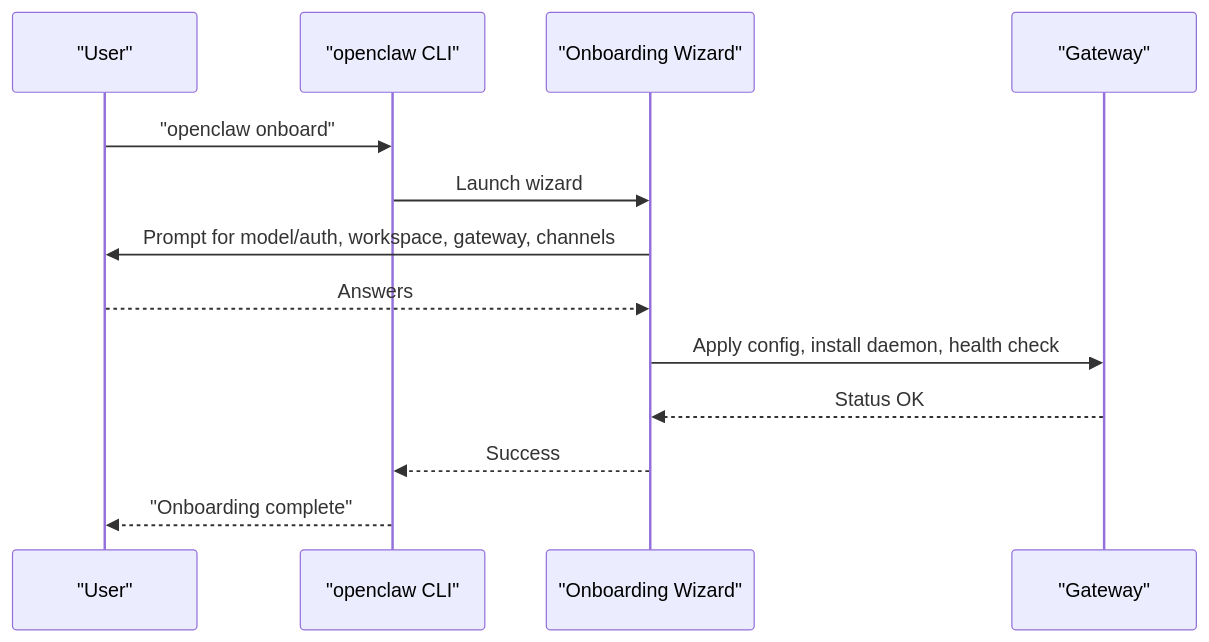
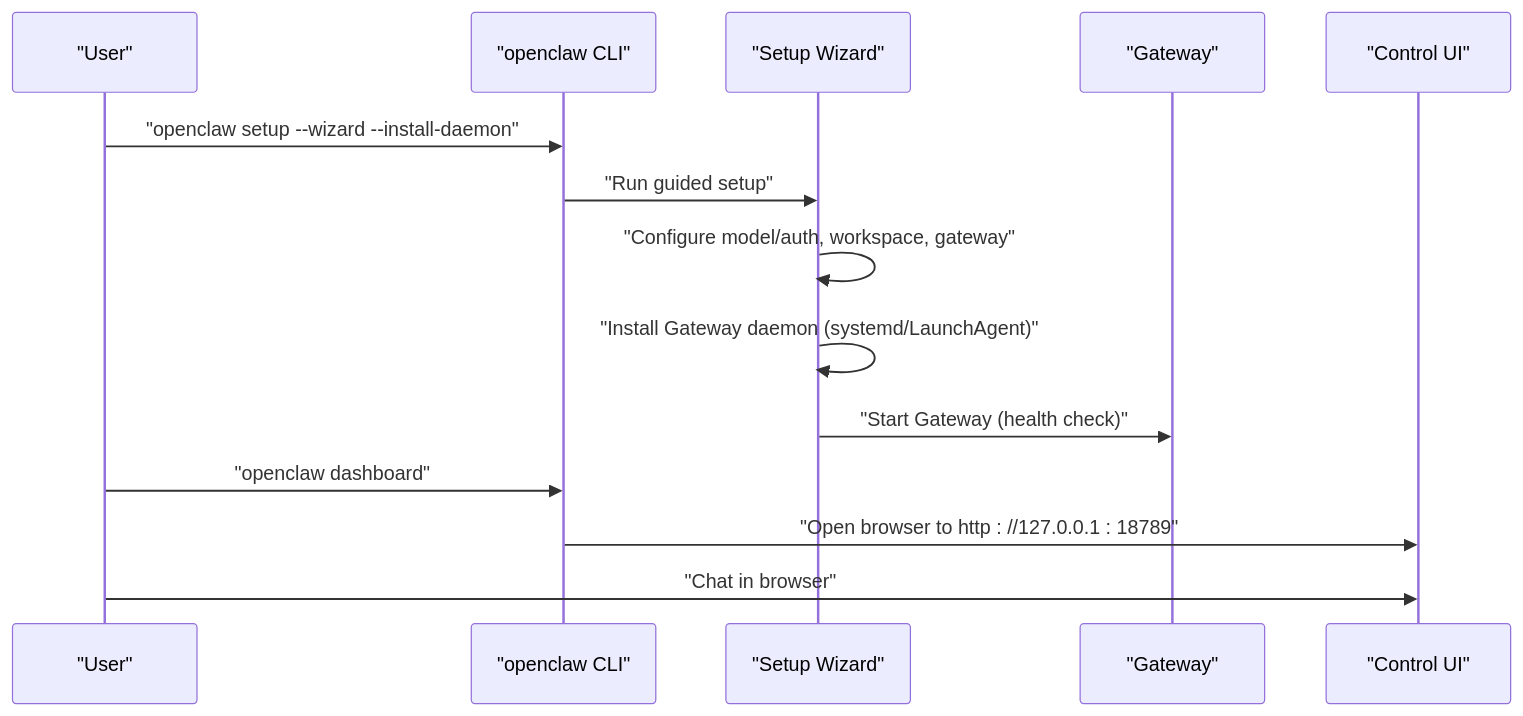
Before and after one commit to botx-work/OpenClaw-Internals: the second of 3 diagrams in repowiki/en/content/Getting Started.md, drawn with Mermaid. The commit also changed other lines of this file and 332 other files, not shown here.

````diff
--- a/repowiki/en/content/Getting Started.md
+++ b/repowiki/en/content/Getting Started.md
@@ -220,15 +100,16 @@
 ```mermaid
 sequenceDiagram
-participant User as "User"
+participant U as "User"
 participant CLI as "openclaw CLI"
-participant Wizard as "Onboarding Wizard"
-participant Gateway as "Gateway"
-User->>CLI : "openclaw onboard"
-CLI->>Wizard : Launch wizard
-Wizard->>User : Prompt for model/auth, workspace, gateway, channels
-User-->>Wizard : Answers
-Wizard->>Gateway : Apply config, install daemon, health check
-Gateway-->>Wizard : Status OK
-Wizard-->>CLI : Success
-CLI-->>User : "Onboarding complete"
+participant W as "Setup Wizard"
+participant GW as "Gateway"
+participant UI as "Control UI"
+U->>CLI : "openclaw setup --wizard --install-daemon"
+CLI->>W : "Run guided setup"
+W->>W : "Configure model/auth, workspace, gateway"
+W->>W : "Install Gateway daemon (systemd/LaunchAgent)"
+W->>GW : "Start Gateway (health check)"
+U->>CLI : "openclaw dashboard"
+CLI->>UI : "Open browser to http : //127.0.0.1 : 18789"
+U->>UI : "Chat in browser"
 ```
````
